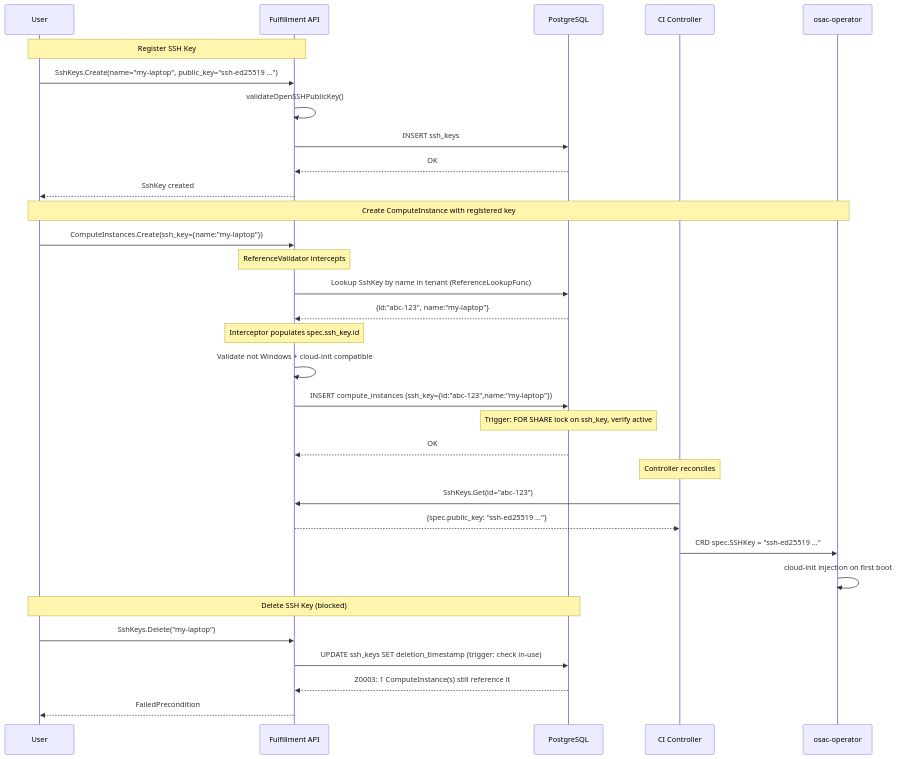
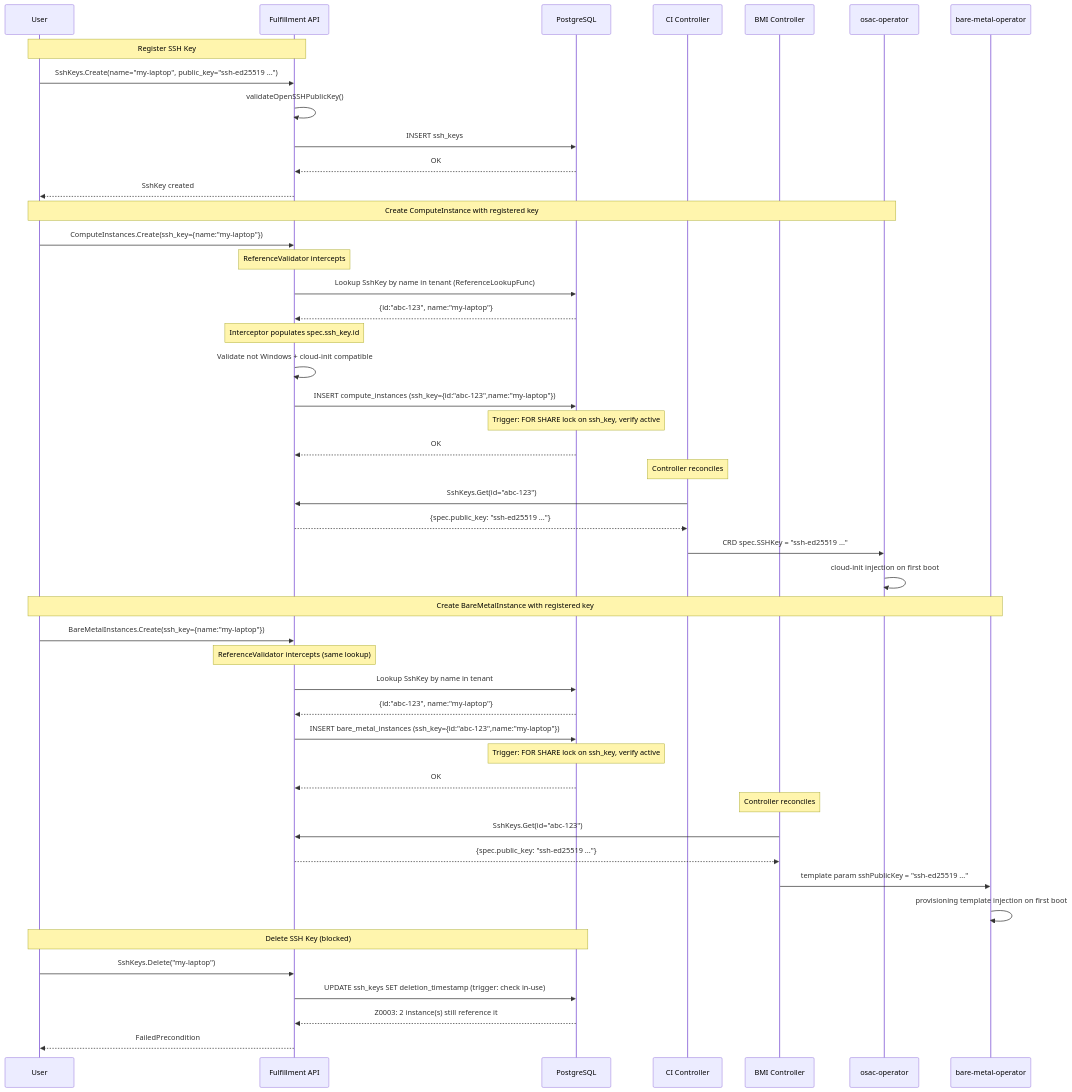
The diagram in enhancements/OSAC-51-ssh-key-registry/design.md (osac-project/enhancement-proposals), drawn with Mermaid before and after one commit. The commit also changed other lines of this file, not shown here.

First line of the commit message:
OSAC-51: extend design to include BareMetalInstance integration

````diff
--- a/enhancements/OSAC-51-ssh-key-registry/design.md
+++ b/enhancements/OSAC-51-ssh-key-registry/design.md
@@ -102,37 +116,53 @@
 ```mermaid
 sequenceDiagram
     participant User
     participant API as Fulfillment API
     participant DB as PostgreSQL
-    participant Ctrl as CI Controller
+    participant CICtrl as CI Controller
+    participant BMICtrl as BMI Controller
     participant Op as osac-operator
+    participant BMOp as bare-metal-operator
 
     Note over User,API: Register SSH Key
     User->>API: SshKeys.Create(name="my-laptop", public_key="ssh-ed25519 ...")
     API->>API: validateOpenSSHPublicKey()
     API->>DB: INSERT ssh_keys
     DB-->>API: OK
     API-->>User: SshKey created
 
     Note over User,Op: Create ComputeInstance with registered key
     User->>API: ComputeInstances.Create(ssh_key={name:"my-laptop"})
     Note over API: ReferenceValidator intercepts
     API->>DB: Lookup SshKey by name in tenant (ReferenceLookupFunc)
     DB-->>API: {id:"abc-123", name:"my-laptop"}
     Note over API: Interceptor populates spec.ssh_key.id
     API->>API: Validate not Windows + cloud-init compatible
     API->>DB: INSERT compute_instances (ssh_key={id:"abc-123",name:"my-laptop"})
     Note over DB: Trigger: FOR SHARE lock on ssh_key, verify active
     DB-->>API: OK
-    Note over Ctrl: Controller reconciles
-    Ctrl->>API: SshKeys.Get(id="abc-123")
-    API-->>Ctrl: {spec.public_key: "ssh-ed25519 ..."}
-    Ctrl->>Op: CRD spec.SSHKey = "ssh-ed25519 ..."
+    Note over CICtrl: Controller reconciles
+    CICtrl->>API: SshKeys.Get(id="abc-123")
+    API-->>CICtrl: {spec.public_key: "ssh-ed25519 ..."}
+    CICtrl->>Op: CRD spec.SSHKey = "ssh-ed25519 ..."
     Op->>Op: cloud-init injection on first boot
+
+    Note over User,BMOp: Create BareMetalInstance with registered key
+    User->>API: BareMetalInstances.Create(ssh_key={name:"my-laptop"})
+    Note over API: ReferenceValidator intercepts (same lookup)
+    API->>DB: Lookup SshKey by name in tenant
+    DB-->>API: {id:"abc-123", name:"my-laptop"}
+    API->>DB: INSERT bare_metal_instances (ssh_key={id:"abc-123",name:"my-laptop"})
+    Note over DB: Trigger: FOR SHARE lock on ssh_key, verify active
+    DB-->>API: OK
+    Note over BMICtrl: Controller reconciles
+    BMICtrl->>API: SshKeys.Get(id="abc-123")
+    API-->>BMICtrl: {spec.public_key: "ssh-ed25519 ..."}
+    BMICtrl->>BMOp: template param sshPublicKey = "ssh-ed25519 ..."
+    BMOp->>BMOp: provisioning template injection on first boot
 
     Note over User,DB: Delete SSH Key (blocked)
     User->>API: SshKeys.Delete("my-laptop")
     API->>DB: UPDATE ssh_keys SET deletion_timestamp (trigger: check in-use)
-    DB-->>API: Z0003: 1 ComputeInstance(s) still reference it
+    DB-->>API: Z0003: 2 instance(s) still reference it
     API-->>User: FailedPrecondition
 ```
````
